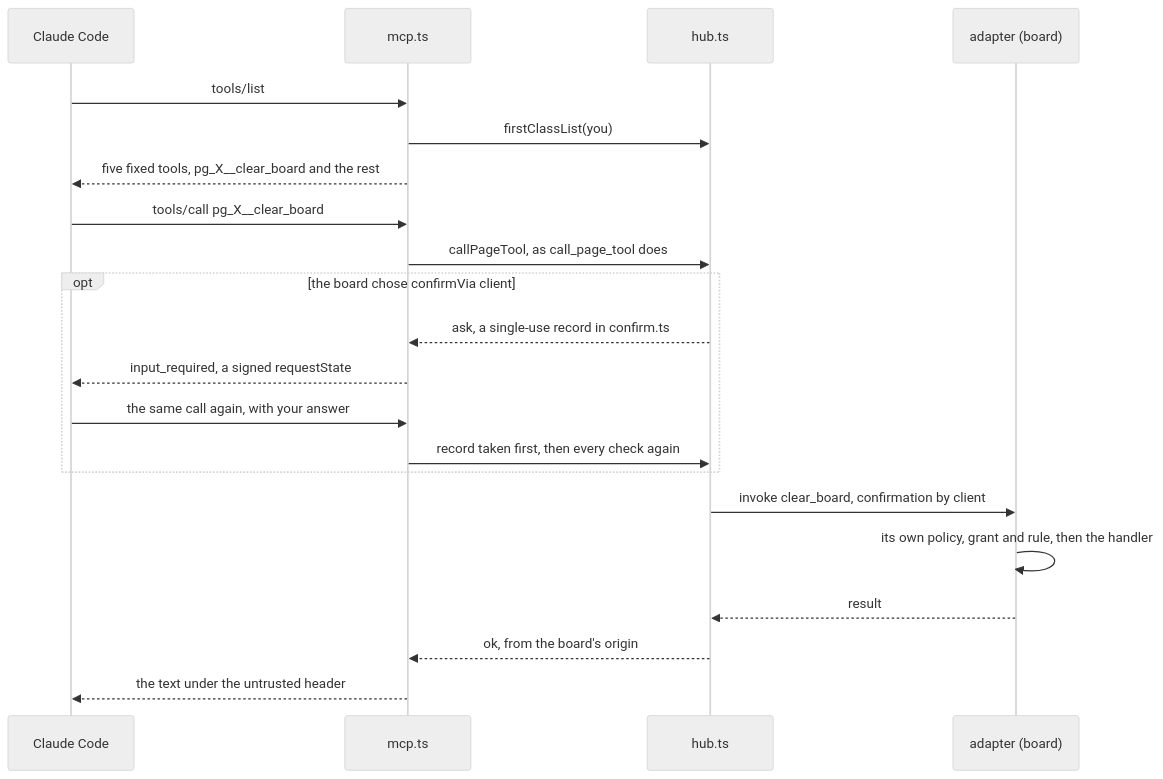
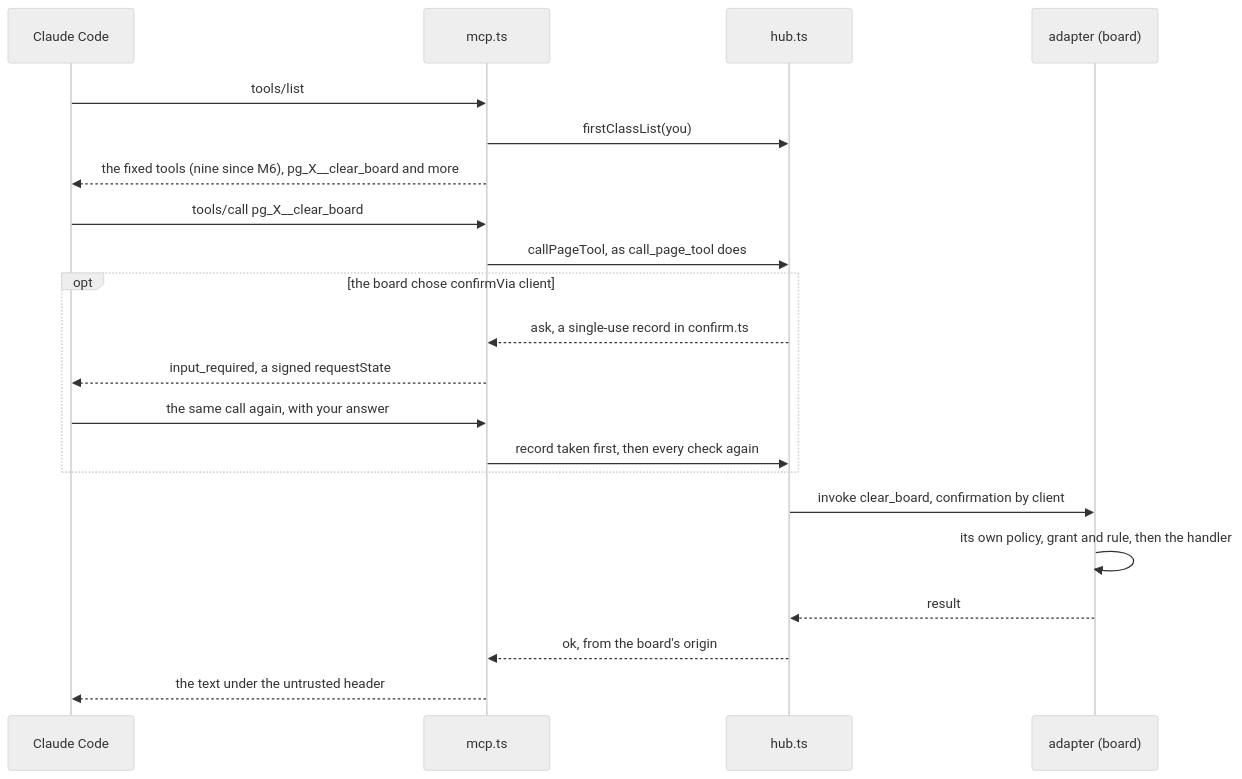
One commit to PaulMRamirez/tabdock changed the diagram in docs/tour/05-first-class-tools.md. Above: the diagram before and after it, drawn with Mermaid (neutral theme). The commit also changed other lines of this file and 435 other files, not shown here.

````diff
--- a/docs/tour/05-first-class-tools.md
+++ b/docs/tour/05-first-class-tools.md
@@ -9,23 +9,23 @@
 ```mermaid
 sequenceDiagram
   participant C as Claude Code
   participant M as mcp.ts
   participant H as hub.ts
   participant A as adapter (board)
   C->>M: tools/list
   M->>H: firstClassList(you)
-  M-->>C: five fixed tools, pg_X__clear_board and the rest
+  M-->>C: the fixed tools (nine since M6), pg_X__clear_board and more
   C->>M: tools/call pg_X__clear_board
   M->>H: callPageTool, as call_page_tool does
   opt the board chose confirmVia client
     H-->>M: ask, a single-use record in confirm.ts
     M-->>C: input_required, a signed requestState
     C->>M: the same call again, with your answer
     M->>H: record taken first, then every check again
   end
   H->>A: invoke clear_board, confirmation by client
   A->>A: its own policy, grant and rule, then the handler
   A-->>H: result
   H-->>M: ok, from the board's origin
   M-->>C: the text under the untrusted header
 ```
````
